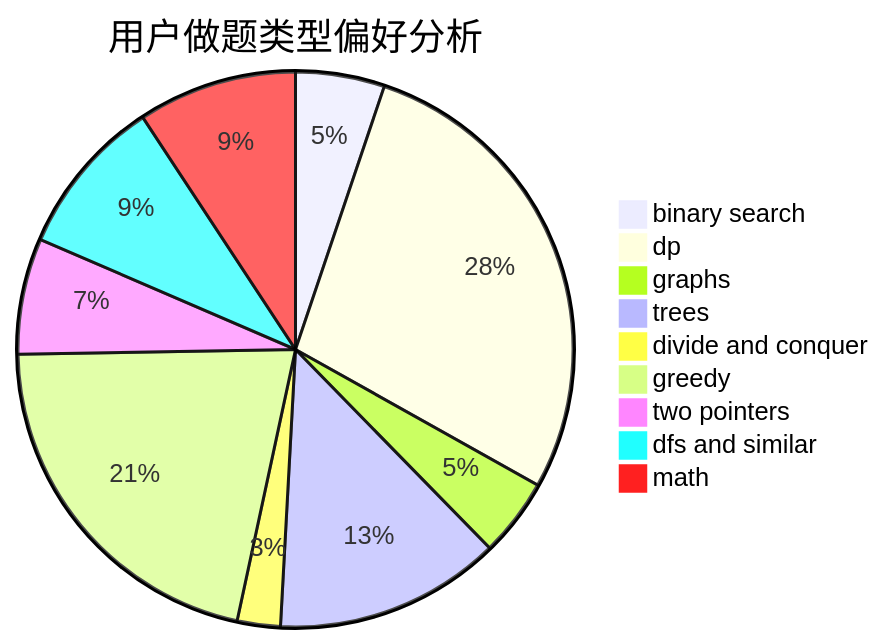
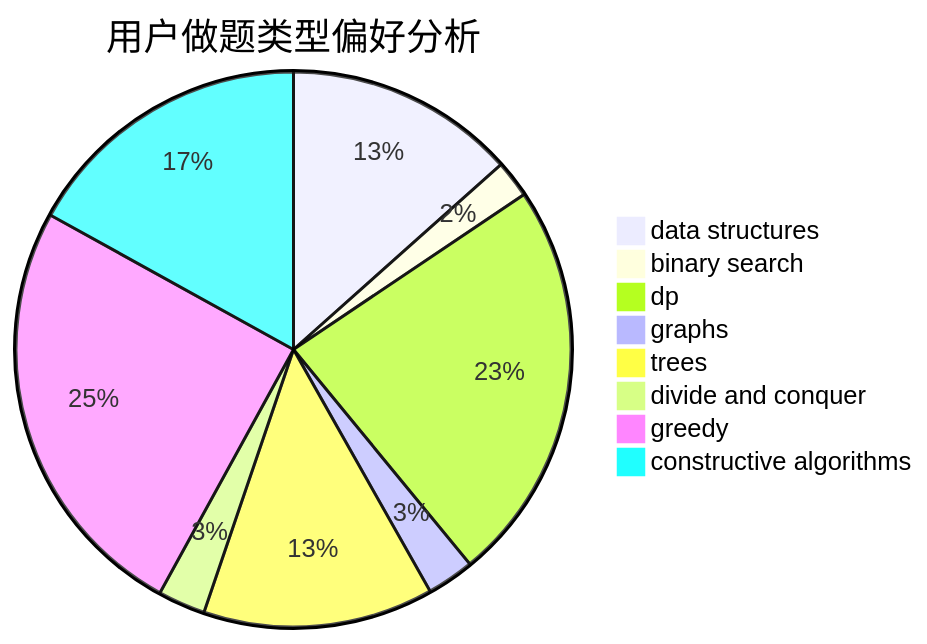
One commit to sherpahu/cfrs.github.io changed the second of 3 diagrams in docs/user/u2664.md. Above: the diagram before and after it, drawn with Mermaid. The commit also changed other lines of this file and 2775 other files, not shown here.

````diff
--- a/docs/user/u2664.md
+++ b/docs/user/u2664.md
@@ -23,12 +23,11 @@
 ```mermaid
 pie title 用户做题类型偏好分析
-    "binary search" :  33
-    "dp" :  178
-    "graphs" :  29
-    "trees" :  84
-    "divide and conquer" :  16
-    "greedy" :  136
-    "two pointers" :  43
-    "dfs and similar" :  59
-    "math" :  59
+    "data structures" :  68
+    "binary search" :  11
+    "dp" :  119
+    "graphs" :  14
+    "trees" :  68
+    "divide and conquer" :  14
+    "greedy" :  127
+    "constructive algorithms" :  86
 ```
````
